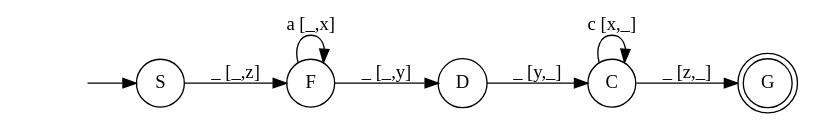
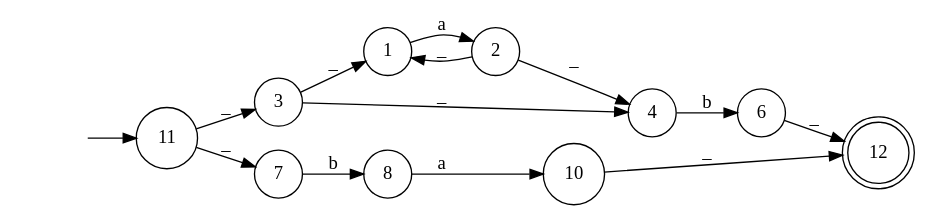
The diagram in Automate Picture/AutomataPicture.dot (arjen0203/AutomataReader), drawn with Graphviz before and after one commit. The commit also changed 39 other files, not shown here.

```diff
--- a/Automate Picture/AutomataPicture.dot
+++ b/Automate Picture/AutomataPicture.dot
@@ -1,17 +1,28 @@
 digraph myAutomaton { 
 rankdir=LR; 
 "" [shape=none] 
-"S" [shape=circle] 
-"C" [shape=circle] 
-"D" [shape=circle] 
-"F" [shape=circle] 
-"G" [shape=doublecircle] 
+"11" [shape=circle] 
+"3" [shape=circle] 
+"1" [shape=circle] 
+"2" [shape=circle] 
+"4" [shape=circle] 
+"6" [shape=circle] 
+"7" [shape=circle] 
+"8" [shape=circle] 
+"10" [shape=circle] 
+"12" [shape=doublecircle] 
 
-"" -> "S" 
-"S" -> "F" [label="_ [_,z]"] 
-"C" -> "C" [label="c [x,_]"] 
-"C" -> "G" [label="_ [z,_]"] 
-"D" -> "C" [label="_ [y,_]"] 
-"F" -> "F" [label="a [_,x]"] 
-"F" -> "D" [label="_ [_,y]"] 
+"" -> "11" 
+"11" -> "3" [label="_"] 
+"11" -> "7" [label="_"] 
+"3" -> "1" [label="_"] 
+"3" -> "4" [label="_"] 
+"1" -> "2" [label="a"] 
+"2" -> "1" [label="_"] 
+"2" -> "4" [label="_"] 
+"4" -> "6" [label="b"] 
+"6" -> "12" [label="_"] 
+"7" -> "8" [label="b"] 
+"8" -> "10" [label="a"] 
+"10" -> "12" [label="_"] 
 }
```
